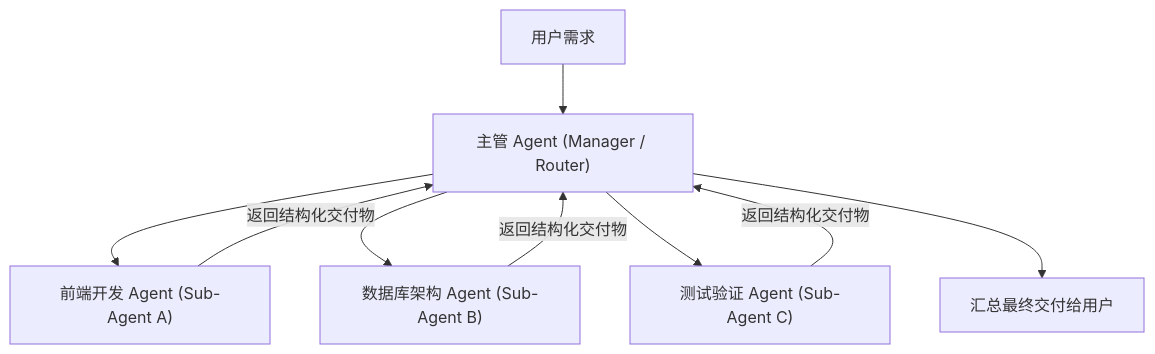
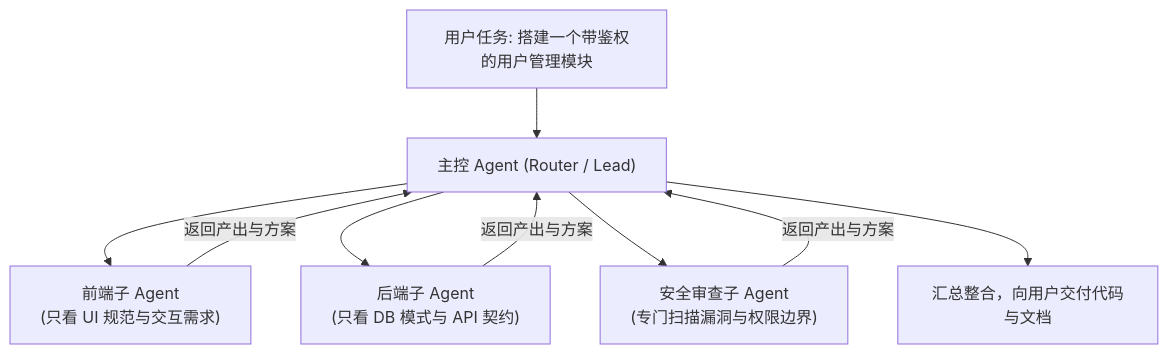
Before and after one commit to ljh12138164/ai-agent-study: the third of 3 diagrams in app/ch10-multi-agent/01-multi-agent-topologies/page.mdx, drawn with Mermaid. The commit also changed other lines of this file and 43 other files, not shown here.

````diff
--- a/app/ch10-multi-agent/01-multi-agent-topologies/page.mdx
+++ b/app/ch10-multi-agent/01-multi-agent-topologies/page.mdx
@@ -47,9 +44,9 @@
 ```mermaid
-graph TD
-    User["用户需求"] --> Manager["主管 Agent (Manager / Router)"]
-    Manager --> W1["前端开发 Agent (Sub-Agent A)"]
-    Manager --> W2["数据库架构 Agent (Sub-Agent B)"]
-    Manager --> W3["测试验证 Agent (Sub-Agent C)"]
-    W1 & W2 & W3 -->|返回结构化交付物| Manager
-    Manager --> Final["汇总最终交付给用户"]
+flowchart TD
+    User["用户任务: 搭建一个带鉴权的用户管理模块"] --> Manager["主控 Agent (Router / Lead)"]
+    Manager --> W1["前端子 Agent<br/>(只看 UI 规范与交互需求)"]
+    Manager --> W2["后端子 Agent<br/>(只看 DB 模式与 API 契约)"]
+    Manager --> W3["安全审查子 Agent<br/>(专门扫描漏洞与权限边界)"]
+    W1 & W2 & W3 -->|返回产出与方案| Manager
+    Manager --> Final["汇总整合，向用户交付代码与文档"]
 ```
````
